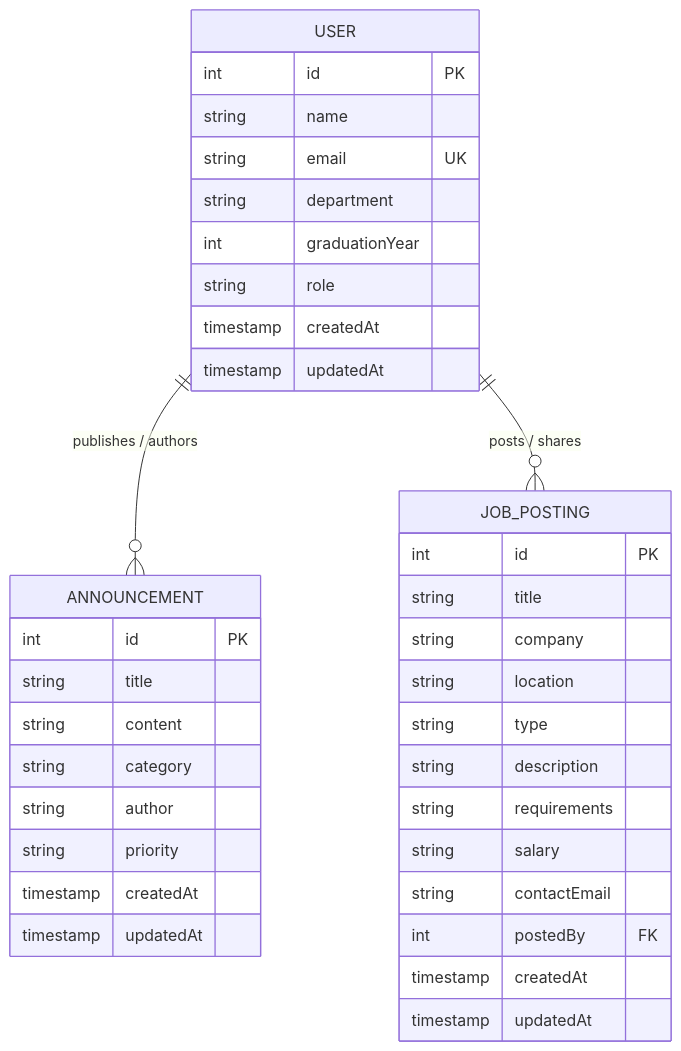
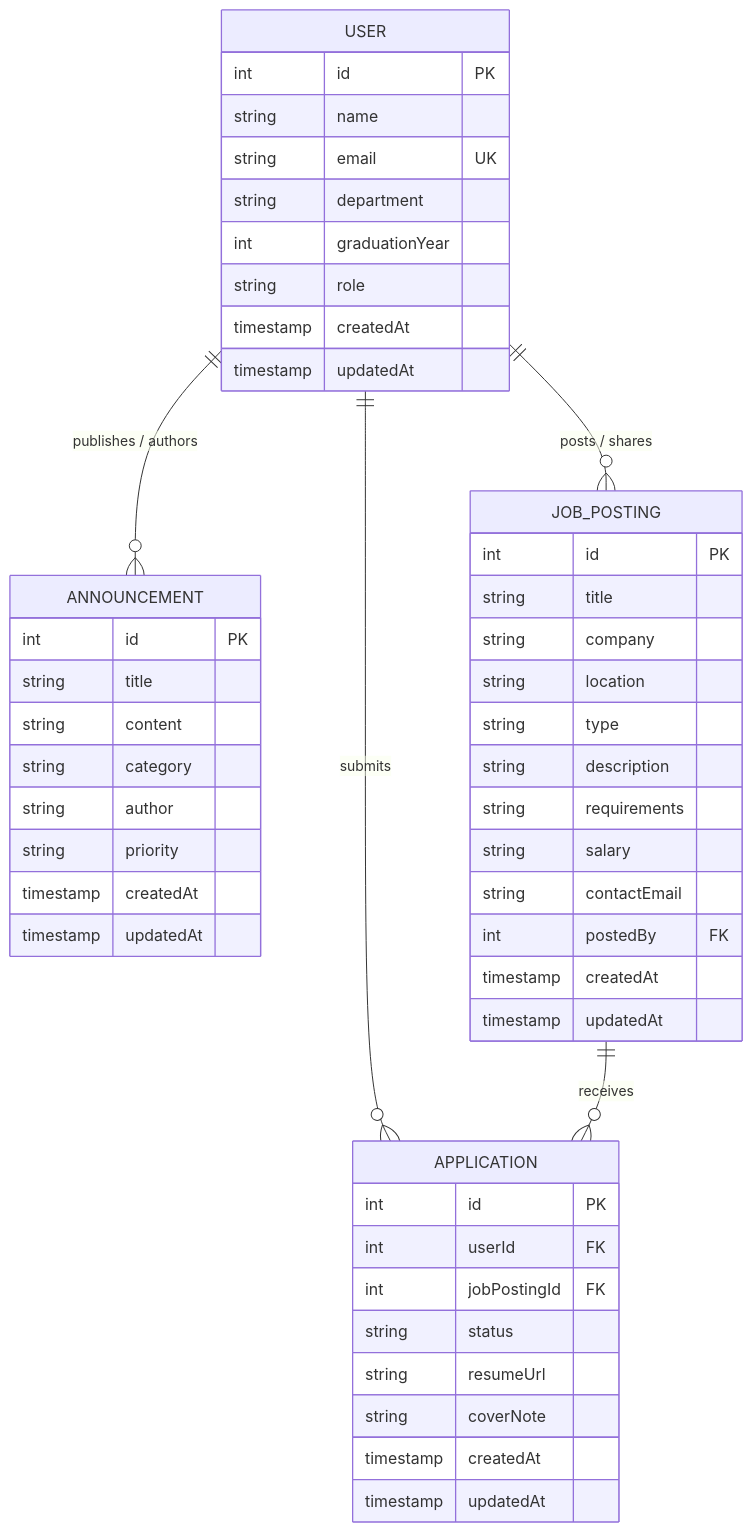
One commit to ecemyakali/alumni changed the first of 4 diagrams in ddd.md. Above: the diagram before and after it, drawn with Mermaid. The commit also changed other lines of this file and 19 other files, not shown here.

````diff
--- a/ddd.md
+++ b/ddd.md
@@ -159,39 +194,51 @@
 ```mermaid
 erDiagram
     USER ||--o{ ANNOUNCEMENT : "publishes / authors"
     USER ||--o{ JOB_POSTING : "posts / shares"
+    USER ||--o{ APPLICATION : "submits"
+    JOB_POSTING ||--o{ APPLICATION : "receives"
     USER {
         int id PK
         string name
         string email UK
         string department
         int graduationYear
         string role
         timestamp createdAt
         timestamp updatedAt
     }
     ANNOUNCEMENT {
         int id PK
         string title
         string content
         string category
         string author
         string priority
         timestamp createdAt
         timestamp updatedAt
     }
     JOB_POSTING {
         int id PK
         string title
         string company
         string location
         string type
         string description
         string requirements
         string salary
         string contactEmail
         int postedBy FK
         timestamp createdAt
         timestamp updatedAt
     }
+    APPLICATION {
+        int id PK
+        int userId FK
+        int jobPostingId FK
+        string status
+        string resumeUrl
+        string coverNote
+        timestamp createdAt
+        timestamp updatedAt
+    }
 ```
````
